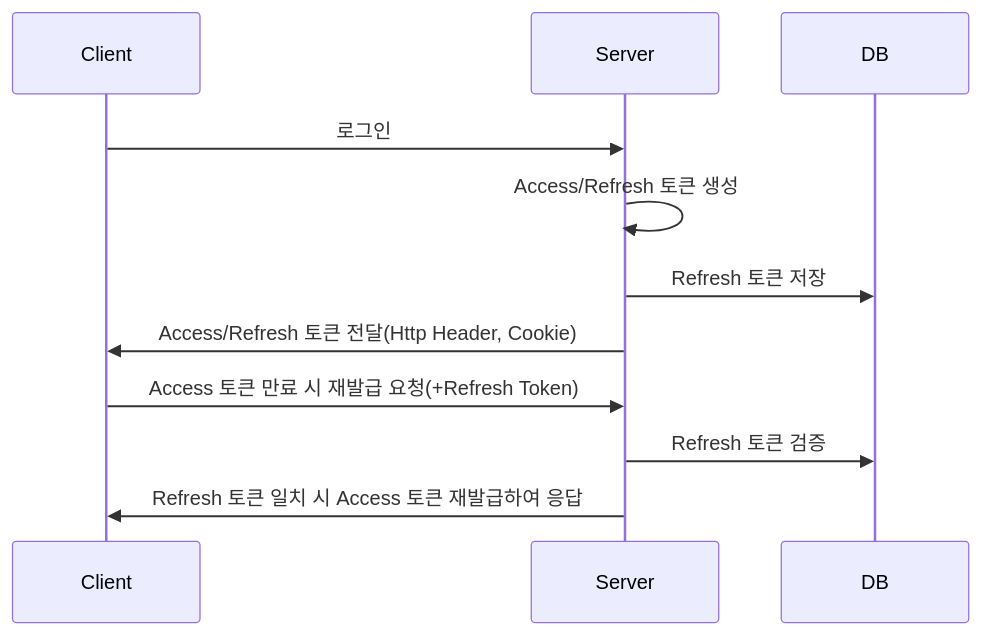
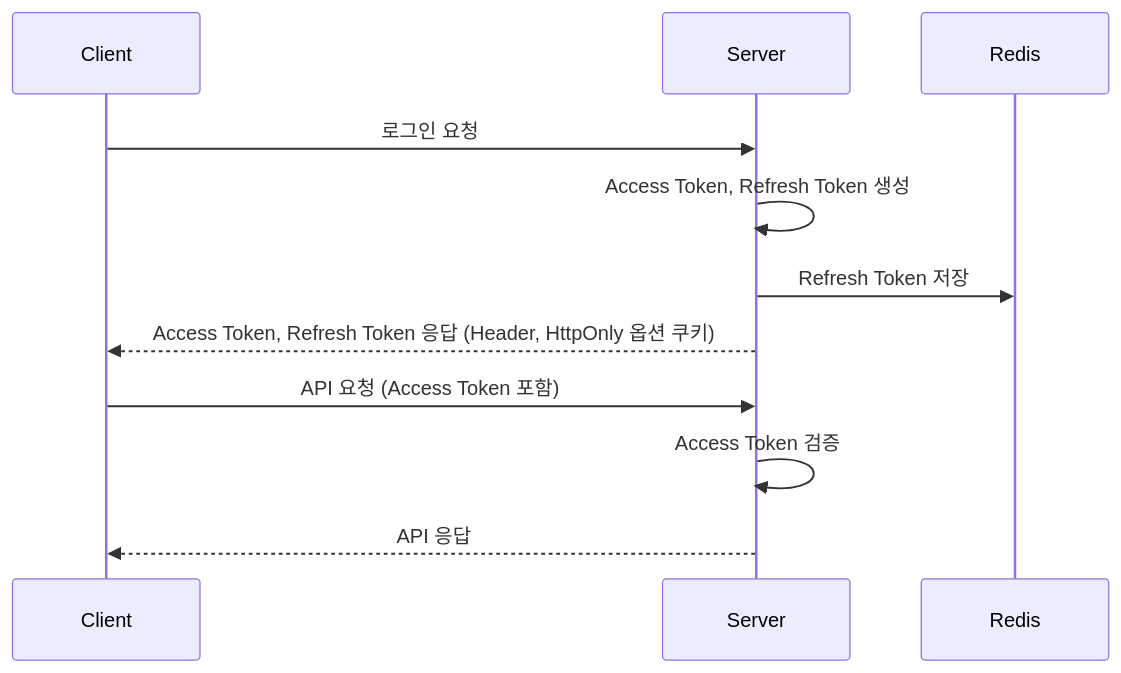
One commit to f-lab-edu/ReadNShare changed the first of 8 diagrams in README.md. Above: the diagram before and after it, drawn with Mermaid. The commit also changed other lines of this file, not shown here.

````diff
--- a/README.md
+++ b/README.md
@@ -61,14 +73,15 @@
 ```mermaid
 sequenceDiagram
     participant A as Client
     participant B as Server
-    participant C as DB
+    participant R as Redis
+
+    A->>B: 로그인 요청
+    B->>B: Access Token, Refresh Token 생성
+    B->>R: Refresh Token 저장
+    B-->>A: Access Token, Refresh Token 응답 (Header, HttpOnly 옵션 쿠키)
     
-    A->>B: 로그인
-    B->>B: Access/Refresh 토큰 생성
-    B->>C: Refresh 토큰 저장
-    B->>A: Access/Refresh 토큰 전달(Http Header, Cookie)
-    A->>B: Access 토큰 만료 시 재발급 요청(+Refresh Token)
-    B->>C: Refresh 토큰 검증
-    B->>A: Refresh 토큰 일치 시 Access 토큰 재발급하여 응답
-```	
+    A->>B: API 요청 (Access Token 포함)
+    B->>B: Access Token 검증
+	B-->>A: API 응답
+```
````
